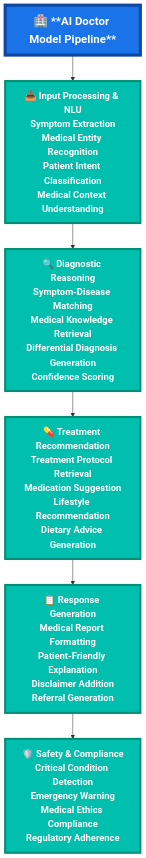
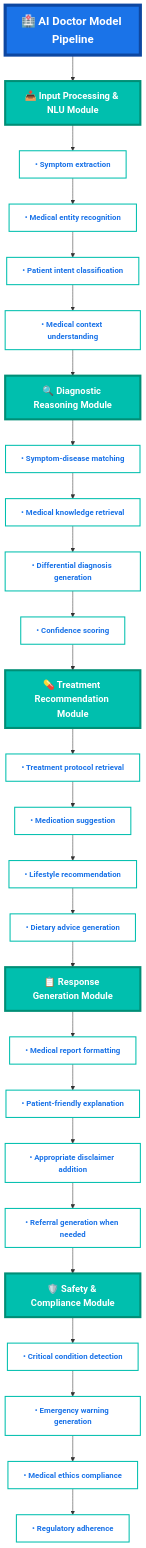
One commit to Blacksujit/Health-Summerize-AI changed the second of 2 diagrams in README.md. Above: the diagram before and after it, drawn with Mermaid. The commit also changed other lines of this file, not shown here.

Commit message:
added arcitect.  diagram✅✅

````diff
--- a/README.md
+++ b/README.md
@@ -313,34 +311,76 @@
 ```mermaid
 flowchart TB
   %% Main Header - Standalone and Prominent
-  A["🏥 **AI Doctor Model Pipeline**"]
+  A["<b style='font-size:22px;'>🏥 AI Doctor Model Pipeline</b>"]
 
-  %% Input Processing & NLU Module (Block)
-  B["<b>📥 Input Processing & NLU</b><br><span style='font-size:13px;'>Symptom Extraction<br>Medical Entity Recognition<br>Patient Intent Classification<br>Medical Context Understanding</span>"]
+  %% Input Processing Module
+  B["<b>📥 Input Processing & NLU Module</b>"]
+  B1["<b>• Symptom extraction</b>"]
+  B2["<b>• Medical entity recognition</b>"]
+  B3["<b>• Patient intent classification</b>"]
+  B4["<b>• Medical context understanding</b>"]
 
-  %% Diagnostic Reasoning Module (Block)
-  C["<b>🔍 Diagnostic Reasoning</b><br><span style='font-size:13px;'>Symptom-Disease Matching<br>Medical Knowledge Retrieval<br>Differential Diagnosis Generation<br>Confidence Scoring</span>"]
+  %% Diagnostic Reasoning Module
+  C["<b>🔍 Diagnostic Reasoning Module</b>"]
+  C1["<b>• Symptom-disease matching</b>"]
+  C2["<b>• Medical knowledge retrieval</b>"]
+  C3["<b>• Differential diagnosis generation</b>"]
+  C4["<b>• Confidence scoring</b>"]
 
-  %% Treatment Recommendation Module (Block)
-  D["<b>💊 Treatment Recommendation</b><br><span style='font-size:13px;'>Treatment Protocol Retrieval<br>Medication Suggestion<br>Lifestyle Recommendation<br>Dietary Advice Generation</span>"]
+  %% Treatment Recommendation Module
+  D["<b>💊 Treatment Recommendation Module</b>"]
+  D1["<b>• Treatment protocol retrieval</b>"]
+  D2["<b>• Medication suggestion</b>"]
+  D3["<b>• Lifestyle recommendation</b>"]
+  D4["<b>• Dietary advice generation</b>"]
 
-  %% Response Generation Module (Block)
-  E["<b>📋 Response Generation</b><br><span style='font-size:13px;'>Medical Report Formatting<br>Patient-Friendly Explanation<br>Disclaimer Addition<br>Referral Generation</span>"]
+  %% Response Generation Module
+  E["<b>📋 Response Generation Module</b>"]
+  E1["<b>• Medical report formatting</b>"]
+  E2["<b>• Patient-friendly explanation</b>"]
+  E3["<b>• Appropriate disclaimer addition</b>"]
+  E4["<b>• Referral generation when needed</b>"]
 
-  %% Safety & Compliance Module (Block)
-  F["<b>🛡️ Safety & Compliance</b><br><span style='font-size:13px;'>Critical Condition Detection<br>Emergency Warning<br>Medical Ethics Compliance<br>Regulatory Adherence</span>"]
+  %% Safety & Compliance Module
+  F["<b>🛡️ Safety & Compliance Module</b>"]
+  F1["<b>• Critical condition detection</b>"]
+  F2["<b>• Emergency warning generation</b>"]
+  F3["<b>• Medical ethics compliance</b>"]
+  F4["<b>• Regulatory adherence</b>"]
 
-  %% Vertical Streamlined Flow
+  %% Vertical Flow Connections
   A --> B
-  B --> C
-  C --> D
-  D --> E
-  E --> F
+  B --> B1
+  B1 --> B2
+  B2 --> B3
+  B3 --> B4
+  B4 --> C
+  C --> C1
+  C1 --> C2
+  C2 --> C3
+  C3 --> C4
+  C4 --> D
+  D --> D1
+  D1 --> D2
+  D2 --> D3
+  D3 --> D4
+  D4 --> E
+  E --> E1
+  E1 --> E2
+  E2 --> E3
+  E3 --> E4
+  E4 --> F
+  F --> F1
+  F1 --> F2
+  F2 --> F3
+  F3 --> F4
 
   %% Enhanced Styling for Vertical, Bold, Blocked Layout
   classDef mainHeader fill:#1a73e8,stroke:#0d47a1,stroke-width:6px,color:#fff,font-weight:bold,font-size:22px
-  classDef moduleBlock fill:#00bfae,stroke:#008e76,stroke-width:4px,color:#fff,font-weight:bold,font-size:18px
+  classDef moduleHeader fill:#00bfae,stroke:#008e76,stroke-width:4px,color:#fff,font-weight:bold,font-size:18px
+  classDef featureItem fill:#ffffff,stroke:#00bfae,stroke-width:2px,color:#1a73e8,font-weight:bold,font-size:15px
 
   class A mainHeader
-  class B,C,D,E,F moduleBlock
+  class B,C,D,E,F moduleHeader
+  class B1,B2,B3,B4,C1,C2,C3,C4,D1,D2,D3,D4,E1,E2,E3,E4,F1,F2,F3,F4 featureItem
 ```
````
